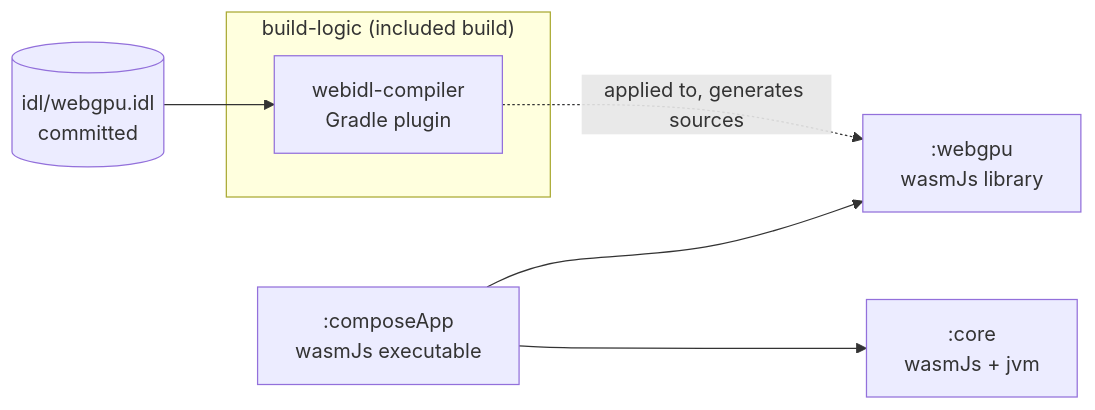
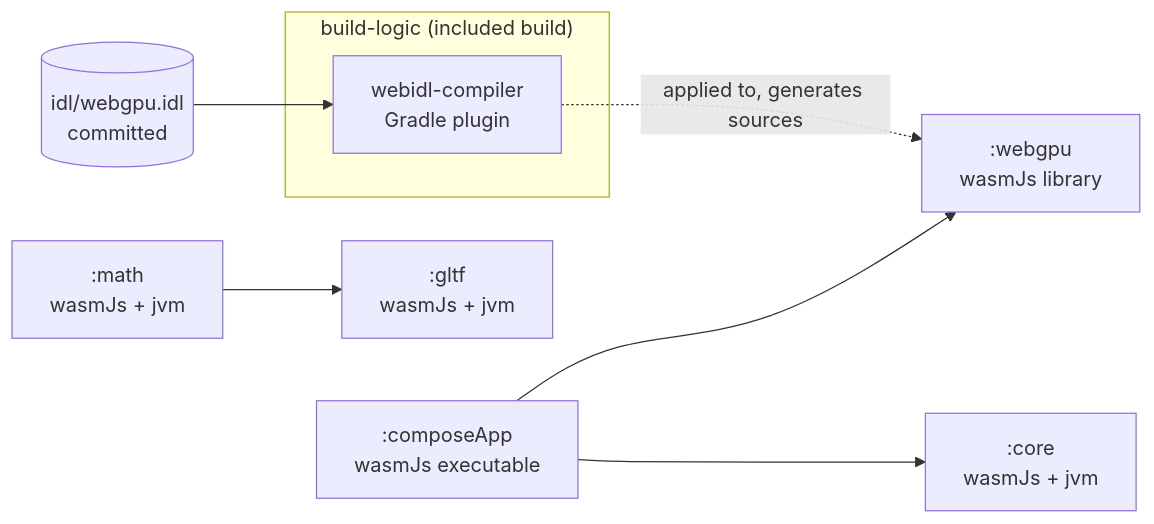
Before and after one commit to maximums/maximums.github.io: the third of 8 diagrams in ARCHITECTURE.md, drawn with Mermaid. The commit also changed other lines of this file and 32 other files, not shown here.

First line of the commit message:
[ADD] The glTF reader: :math and :gltf, pure Kotlin

````diff
--- a/ARCHITECTURE.md
+++ b/ARCHITECTURE.md
@@ -105,15 +107,18 @@
 ```mermaid
 flowchart LR
     subgraph BL["build-logic (included build)"]
         Compiler["webidl-compiler<br/>Gradle plugin"]
     end
     Core[":core<br/>wasmJs + jvm"]
+    Math[":math<br/>wasmJs + jvm"]
+    Gltf[":gltf<br/>wasmJs + jvm"]
     WebGpu[":webgpu<br/>wasmJs library"]
     App[":composeApp<br/>wasmJs executable"]
     IDL[("idl/webgpu.idl<br/>committed")]
 
     IDL --> Compiler
     Compiler -.->|"applied to, generates sources"| WebGpu
+    Math --> Gltf
     App --> Core
     App --> WebGpu
 ```
````
